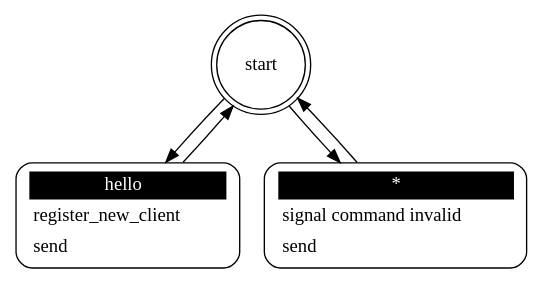
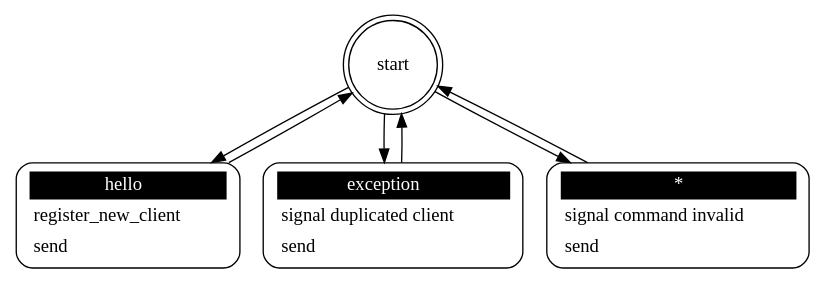
One commit to eaton-bob/joex changed the diagram in src/joex_server.dot. Above: the diagram before and after it, drawn with Graphviz. The commit also changed 4 other files, not shown here.

```diff
--- a/src/joex_server.dot
+++ b/src/joex_server.dot
@@ -1,11 +1,14 @@
 ## Automatically generated from joex_server.xml by gsl
 digraph "joex_server" {
 
  "start" [shape = "doublecircle"];
  "start hello" [shape = "Mrecord" style = solid label = <<table border="0" cellborder="0" cellpadding="3" bgcolor="white"><tr><td bgcolor="black" align="center" colspan="2"><font color="white">hello</font></td></tr><tr><td align="left" port="r3">register_new_client</td></tr><tr><td align="left" port="r3">send</td></tr></table>>];
  "start" -> "start hello";
  "start hello" -> "start";
+ "start exception" [shape = "Mrecord" style = solid label = <<table border="0" cellborder="0" cellpadding="3" bgcolor="white"><tr><td bgcolor="black" align="center" colspan="2"><font color="white">exception</font></td></tr><tr><td align="left" port="r3">signal duplicated client</td></tr><tr><td align="left" port="r3">send</td></tr></table>>];
+ "start" -> "start exception";
+ "start exception" -> "start";
  "start *" [shape = "Mrecord" style = solid label = <<table border="0" cellborder="0" cellpadding="3" bgcolor="white"><tr><td bgcolor="black" align="center" colspan="2"><font color="white">*</font></td></tr><tr><td align="left" port="r3">signal command invalid</td></tr><tr><td align="left" port="r3">send</td></tr></table>>];
  "start" -> "start *";
  "start *" -> "start";
 }
```
